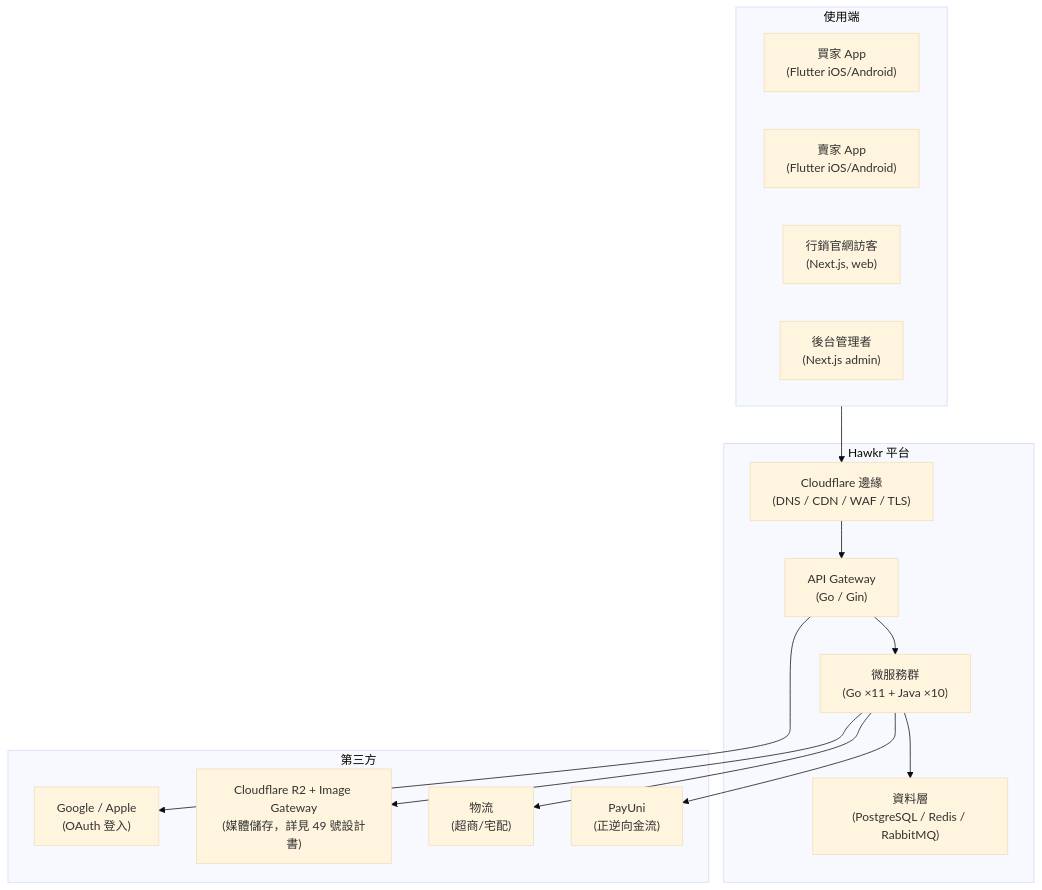
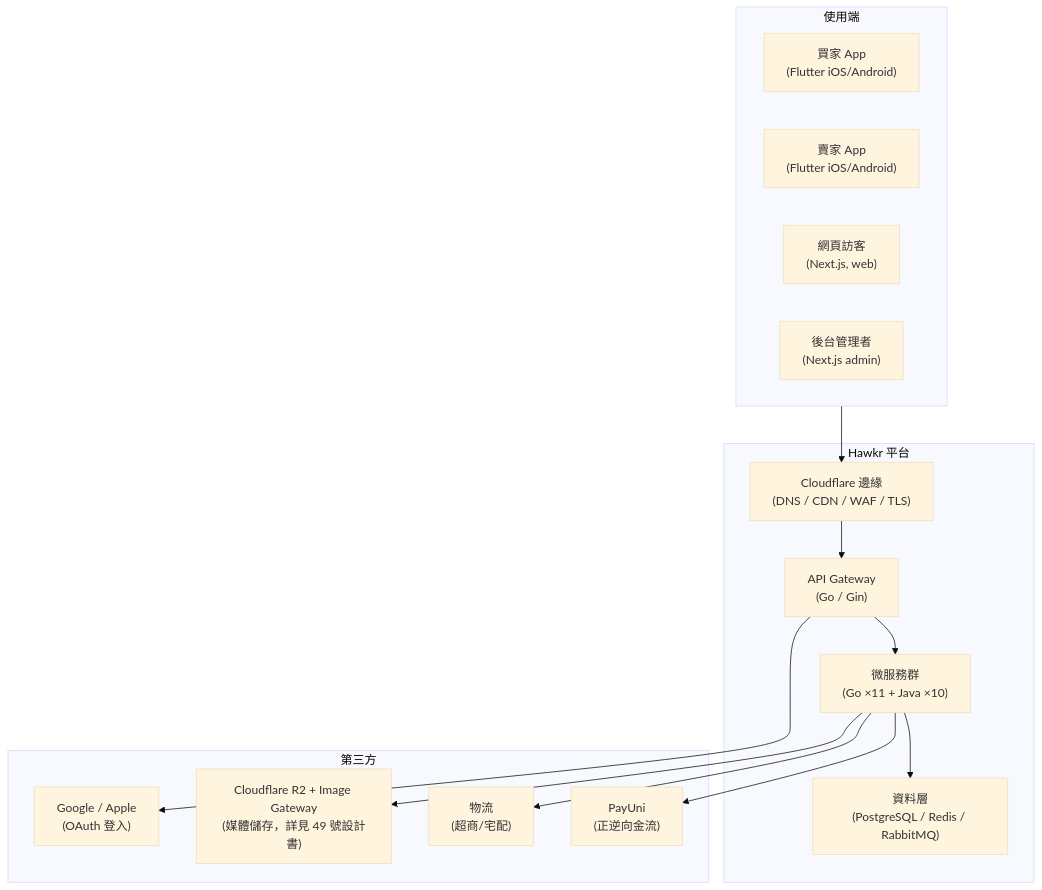
The first of 12 diagrams in backend/docs/基礎建設/系統架構與資料流向.md (Will413028/hawkr), drawn with Mermaid (base theme) before and after one commit. The commit also changed other lines of this file and 2 other files, not shown here.

````diff
--- a/backend/docs/基礎建設/系統架構與資料流向.md
+++ b/backend/docs/基礎建設/系統架構與資料流向.md
@@ -25,30 +25,30 @@
 ```mermaid
 flowchart TB
     subgraph clients["使用端"]
         buyer["買家 App<br/>(Flutter iOS/Android)"]
         seller["賣家 App<br/>(Flutter iOS/Android)"]
-        web["行銷官網訪客<br/>(Next.js, web)"]
+        web["網頁訪客<br/>(Next.js, web)"]
         admin["後台管理者<br/>(Next.js admin)"]
     end
 
     subgraph platform["Hawkr 平台"]
         edge["Cloudflare 邊緣<br/>(DNS / CDN / WAF / TLS)"]
         gw["API Gateway<br/>(Go / Gin)"]
         svc["微服務群<br/>(Go ×11 + Java ×10)"]
         data["資料層<br/>(PostgreSQL / Redis / RabbitMQ)"]
         edge --> gw --> svc --> data
     end
 
     subgraph third["第三方"]
         payuni["PayUni<br/>(正逆向金流)"]
         logistics["物流<br/>(超商/宅配)"]
         oauth["Google / Apple<br/>(OAuth 登入)"]
         r2["Cloudflare R2 + Image Gateway<br/>(媒體儲存，詳見 49 號設計書)"]
     end
 
     clients --> edge
     svc --> payuni
     svc --> logistics
     gw --> oauth
     svc --> r2
 ```
````
